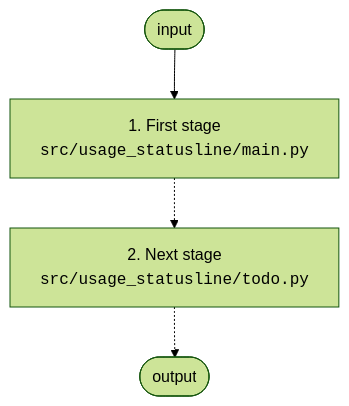
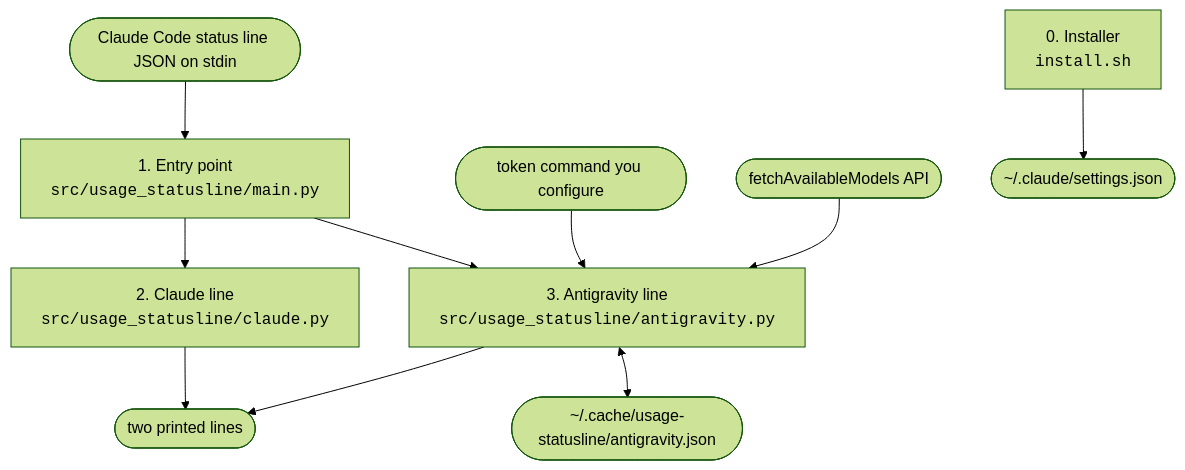
One commit to mlemes/quotaline changed the first of 2 diagrams in docs/ARCHITECTURE.md. Above: the diagram before and after it, drawn with Mermaid (forest theme). The commit also changed other lines of this file and 11 other files, not shown here.

Commit message:
usage-statusline: Claude and Antigravity usage status lines with installer

````diff
--- a/docs/ARCHITECTURE.md
+++ b/docs/ARCHITECTURE.md
@@ -14,6 +12,12 @@
 ```mermaid
 flowchart TB
-    input([input]) --> step1["1. First stage<br/><code>src/usage_statusline/main.py</code>"]
-    step1 -.-> step2["2. Next stage<br/><code>src/usage_statusline/todo.py</code>"]
-    step2 -.-> output([output])
+    cc([Claude Code status line JSON on stdin]) --> main["1. Entry point<br/><code>src/usage_statusline/main.py</code>"]
+    main --> claude["2. Claude line<br/><code>src/usage_statusline/claude.py</code>"]
+    main --> ag["3. Antigravity line<br/><code>src/usage_statusline/antigravity.py</code>"]
+    tok([token command you configure]) --> ag
+    api([fetchAvailableModels API]) --> ag
+    ag <--> cache([~/.cache/usage-statusline/antigravity.json])
+    claude --> out([two printed lines])
+    ag --> out
+    inst["0. Installer<br/><code>install.sh</code>"] --> settings([~/.claude/settings.json])
 ```
````
